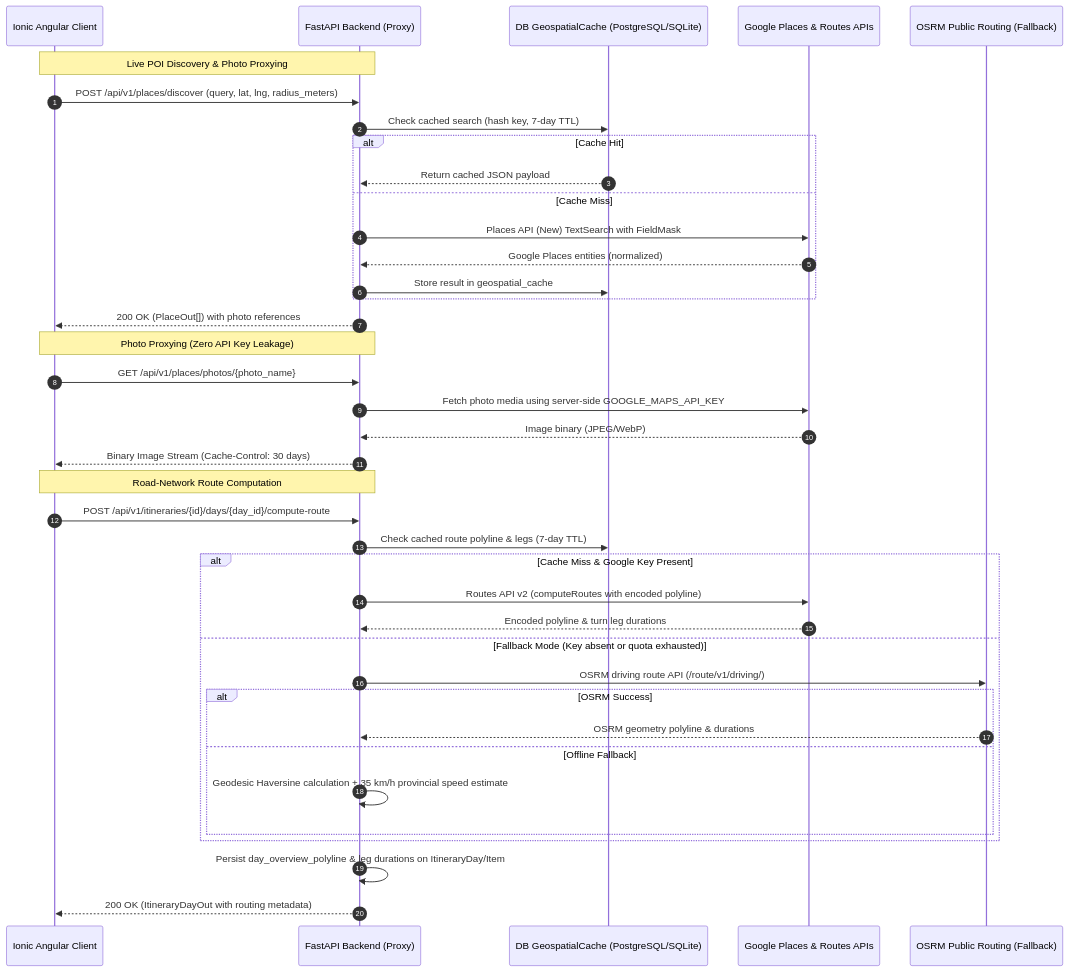
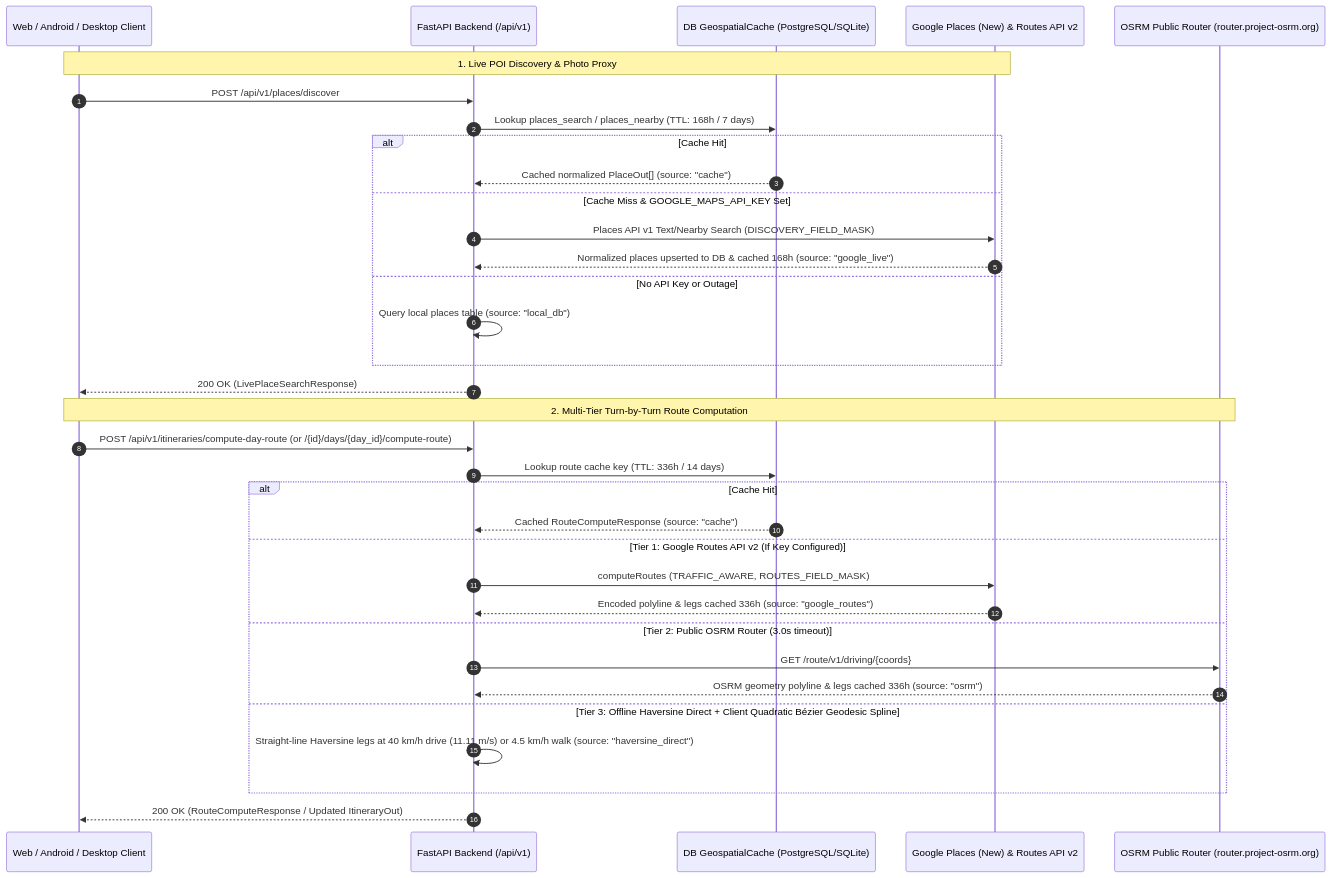
Before and after one commit to Edselrenz/Itinerary-App: the fourth of 4 diagrams in docs/SYSTEM_ARCHITECTURE.md, drawn with Mermaid. The commit also changed other lines of this file and 33 other files, not shown here.

````diff
--- a/docs/SYSTEM_ARCHITECTURE.md
+++ b/docs/SYSTEM_ARCHITECTURE.md
@@ -201,44 +251,38 @@
 ```mermaid
 sequenceDiagram
     autonumber
-    participant Mobile as Ionic Angular Client
-    participant API as FastAPI Backend (Proxy)
+    participant Client as Web / Android / Desktop Client
+    participant API as FastAPI Backend (/api/v1)
     participant Cache as DB GeospatialCache (PostgreSQL/SQLite)
-    participant Google as Google Places & Routes APIs
-    participant OSRM as OSRM Public Routing (Fallback)
+    participant Google as Google Places (New) & Routes API v2
+    participant OSRM as OSRM Public Router (router.project-osrm.org)
 
-    Note over Mobile,API: Live POI Discovery & Photo Proxying
-    Mobile->>API: POST /api/v1/places/discover (query, lat, lng, radius_meters)
-    API->>Cache: Check cached search (hash key, 7-day TTL)
+    Note over Client,Google: 1. Live POI Discovery & Photo Proxy
+    Client->>API: POST /api/v1/places/discover
+    API->>Cache: Lookup places_search / places_nearby (TTL: 168h / 7 days)
     alt Cache Hit
-        Cache-->>API: Return cached JSON payload
-    else Cache Miss
-        API->>Google: Places API (New) TextSearch with FieldMask
-        Google-->>API: Google Places entities (normalized)
-        API->>Cache: Store result in geospatial_cache
+        Cache-->>API: Cached normalized PlaceOut[] (source: "cache")
+    else Cache Miss & GOOGLE_MAPS_API_KEY Set
+        API->>Google: Places API v1 Text/Nearby Search (DISCOVERY_FIELD_MASK)
+        Google-->>API: Normalized places upserted to DB & cached 168h (source: "google_live")
+    else No API Key or Outage
+        API->>API: Query local places table (source: "local_db")
     end
-    API-->>Mobile: 200 OK (PlaceOut[]) with photo references
+    API-->>Client: 200 OK (LivePlaceSearchResponse)
 
-    Note over Mobile,API: Photo Proxying (Zero API Key Leakage)
-    Mobile->>API: GET /api/v1/places/photos/{photo_name}
-    API->>Google: Fetch photo media using server-side GOOGLE_MAPS_API_KEY
-    Google-->>API: Image binary (JPEG/WebP)
-    API-->>Mobile: Binary Image Stream (Cache-Control: 30 days)
-
-    Note over Mobile,API: Road-Network Route Computation
-    Mobile->>API: POST /api/v1/itineraries/{id}/days/{day_id}/compute-route
-    API->>Cache: Check cached route polyline & legs (7-day TTL)
-    alt Cache Miss & Google Key Present
-        API->>Google: Routes API v2 (computeRoutes with encoded polyline)
-        Google-->>API: Encoded polyline & turn leg durations
-    else Fallback Mode (Key absent or quota exhausted)
-        API->>OSRM: OSRM driving route API (/route/v1/driving/)
-        alt OSRM Success
-            OSRM-->>API: OSRM geometry polyline & durations
-        else Offline Fallback
-            API->>API: Geodesic Haversine calculation + 35 km/h provincial speed estimate
-        end
+    Note over Client,OSRM: 2. Multi-Tier Turn-by-Turn Route Computation
+    Client->>API: POST /api/v1/itineraries/compute-day-route (or /{id}/days/{day_id}/compute-route)
+    API->>Cache: Lookup route cache key (TTL: 336h / 14 days)
+    alt Cache Hit
+        Cache-->>API: Cached RouteComputeResponse (source: "cache")
+    else Tier 1: Google Routes API v2 (If Key Configured)
+        API->>Google: computeRoutes (TRAFFIC_AWARE, ROUTES_FIELD_MASK)
+        Google-->>API: Encoded polyline & legs cached 336h (source: "google_routes")
+    else Tier 2: Public OSRM Router (3.0s timeout)
+        API->>OSRM: GET /route/v1/driving/{coords}
+        OSRM-->>API: OSRM geometry polyline & legs cached 336h (source: "osrm")
+    else Tier 3: Offline Haversine Direct + Client Quadratic Bézier Geodesic Spline
+        API->>API: Straight-line Haversine legs at 40 km/h drive (11.11 m/s) or 4.5 km/h walk (source: "haversine_direct")
     end
-    API->>API: Persist day_overview_polyline & leg durations on ItineraryDay/Item
-    API-->>Mobile: 200 OK (ItineraryDayOut with routing metadata)
+    API-->>Client: 200 OK (RouteComputeResponse / Updated ItineraryOut)
 ```
````
